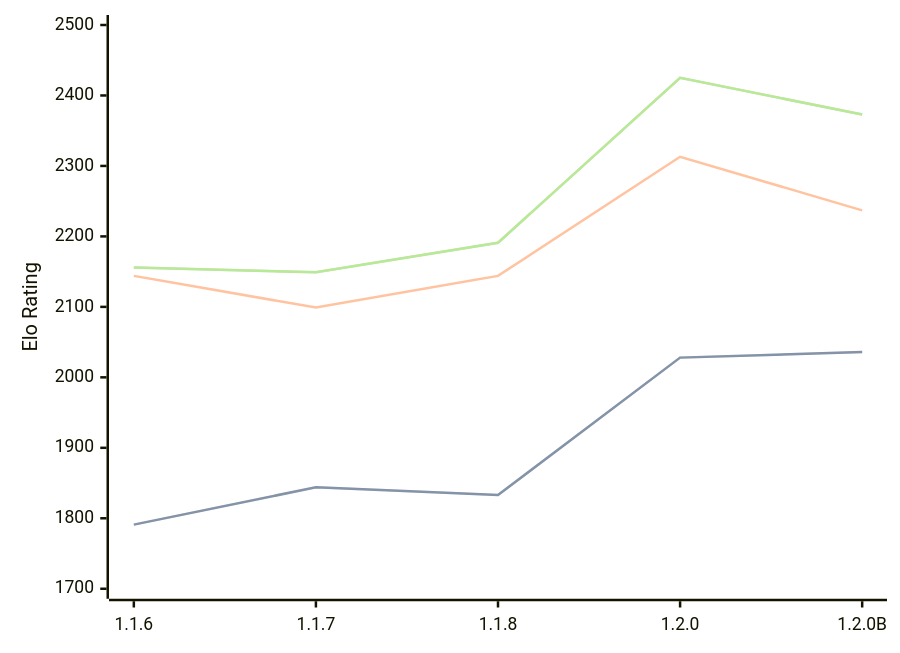
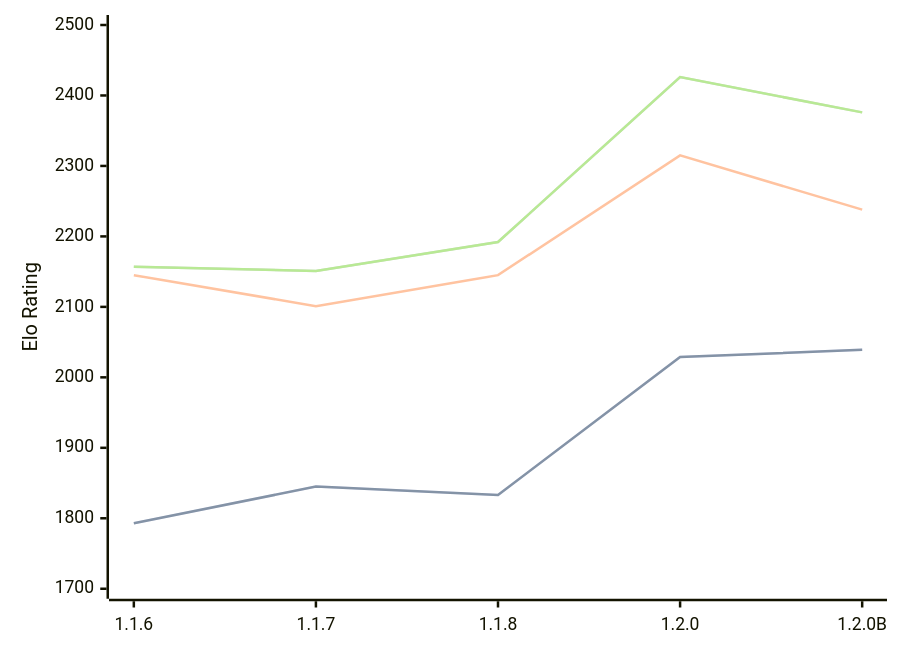
One commit to computer-chess-index/cci changed the diagram in engines/Soomi.md. Above: the diagram before and after it, drawn with Mermaid. The commit also changed other lines of this file, not shown here.

Commit message:
Update CCI Ratings (ELO VLTC) - 2026-08-26

````diff
--- a/engines/Soomi.md
+++ b/engines/Soomi.md
@@ -35,11 +35,11 @@
 ```mermaid
 %%{init: {"theme":"base","themeVariables":{"seriesColors:['#a3a3a3','#222221','#faa371']}}}%%
 xychart-beta
   x-axis ["1.1.6", "1.1.7", "1.1.8", "1.2.0", "1.2.0B"]
   y-axis "Elo Rating" 1700 --> 2500
-  line "STC (8.0+0.08s)" [1791, 1844, 1833, 2028, 2036]
-  line "STC (8.0+0.08s)" [1791, 1844, 1833, 2028, 2036]
-  line "LTC (60.0+0.60s)" [2144, 2099, 2144, 2313, 2237]
-  line "VLTC (2m24s+1.12s)" [2156, 2149, 2191, 2425, 2373]
-  line "VLTC (2m24s+1.12s)" [2156, 2149, 2191, 2425, 2373]
+  line "STC (8.0+0.08s)" [1793, 1845, 1833, 2029, 2039]
+  line "STC (8.0+0.08s)" [1793, 1845, 1833, 2029, 2039]
+  line "LTC (60.0+0.60s)" [2145, 2101, 2145, 2315, 2238]
+  line "VLTC (2m24s+1.12s)" [2157, 2151, 2192, 2426, 2376]
+  line "VLTC (2m24s+1.12s)" [2157, 2151, 2192, 2426, 2376]
 ```
````
